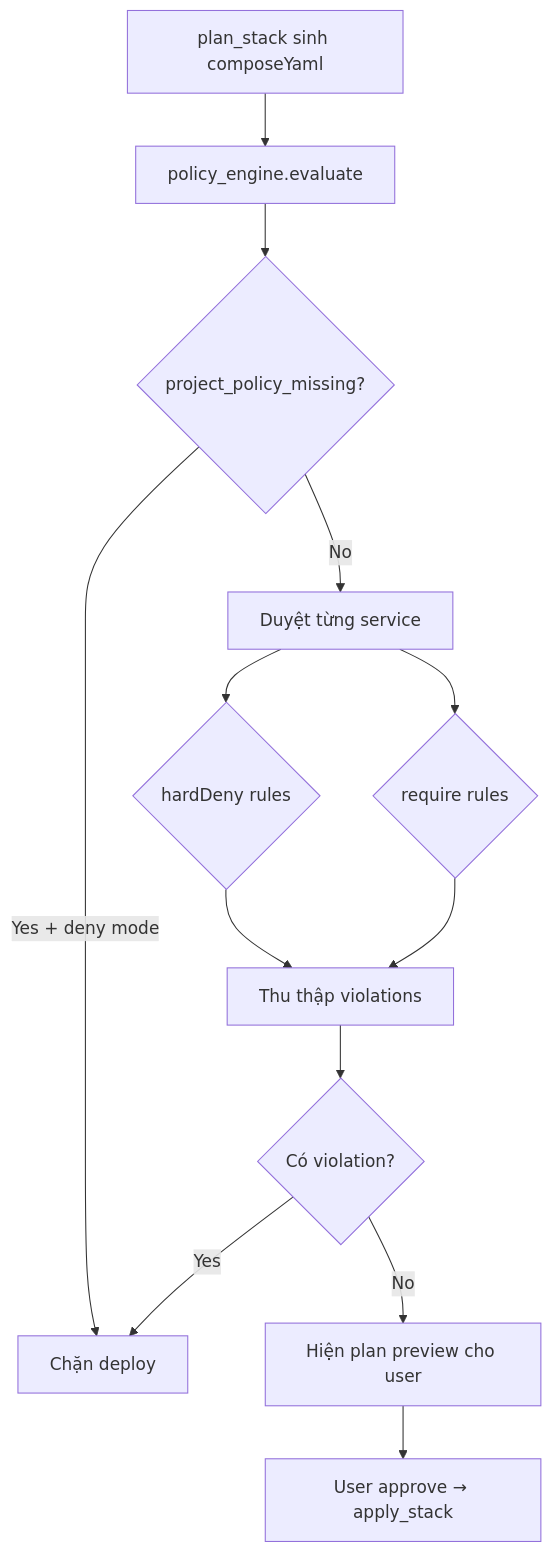
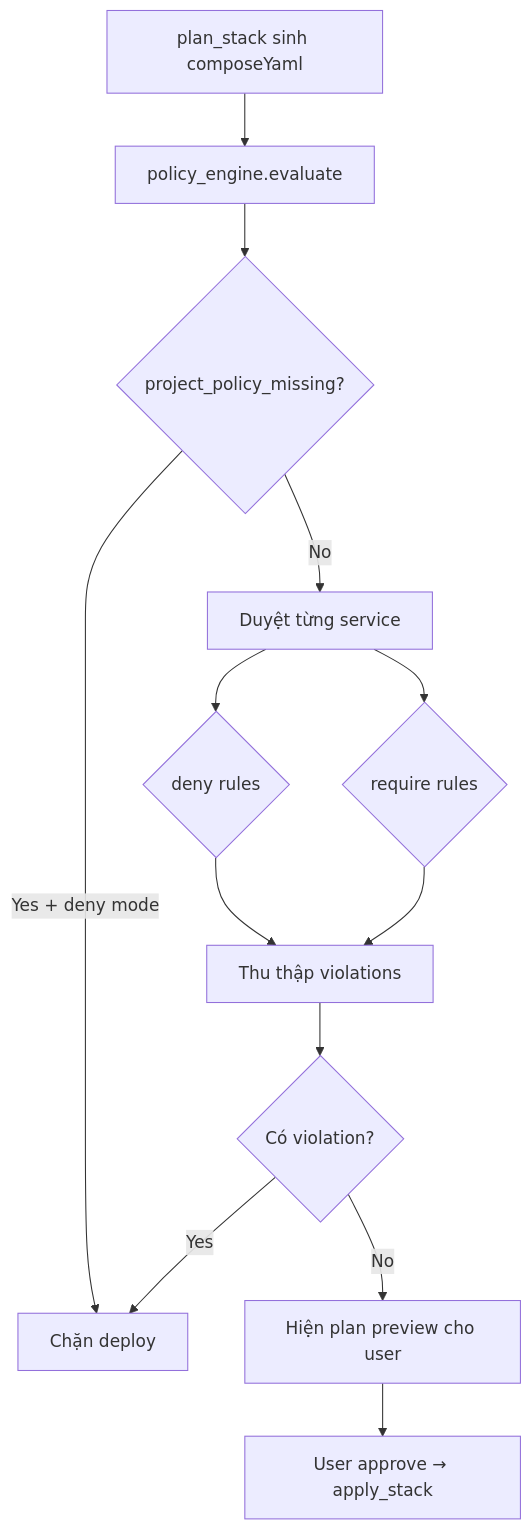
One commit to NeoCyber05/Docker-Agent-CLI changed the diagram in docs/policies.md. Above: the diagram before and after it, drawn with Mermaid. The commit also changed other lines of this file and 18 other files, not shown here.

````diff
--- a/docs/policies.md
+++ b/docs/policies.md
@@ -327,15 +327,15 @@
 ```mermaid
 flowchart TD
   A[plan_stack sinh composeYaml] --> B[policy_engine.evaluate]
   B --> C{project_policy_missing?}
   C -->|Yes + deny mode| D[Chặn deploy]
   C -->|No| E[Duyệt từng service]
-  E --> F{hardDeny rules}
+  E --> F{deny rules}
   E --> G{require rules}
   F --> H[Thu thập violations]
   G --> H
   H --> I{Có violation?}
   I -->|Yes| D
   I -->|No| J[Hiện plan preview cho user]
   J --> K[User approve → apply_stack]
 ```
````
